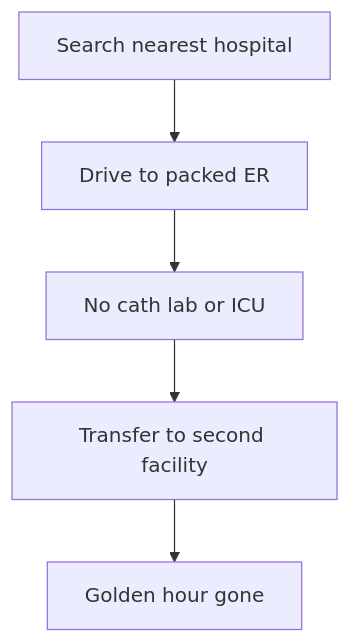
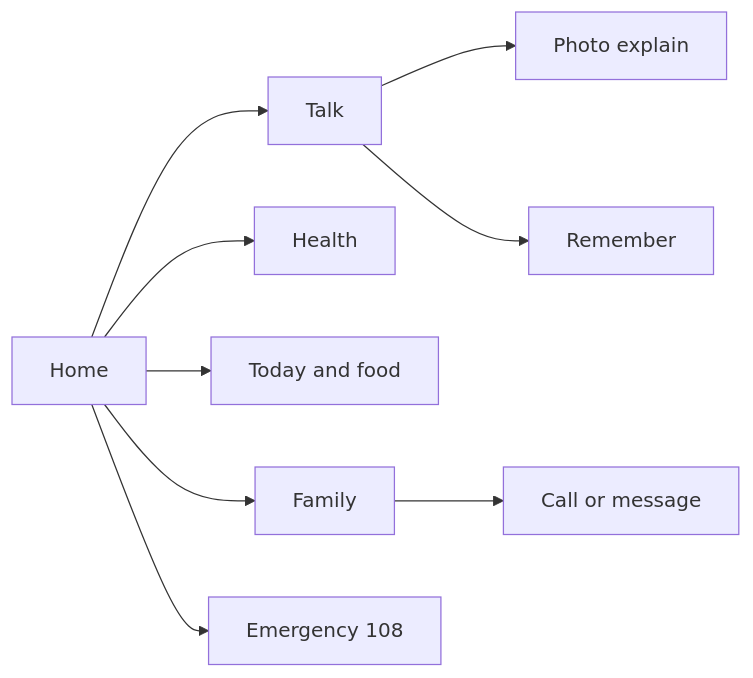
One commit to dipanshuchoudhary-data/LifeRouteAI changed the first of 4 diagrams in README.md. Above: the diagram before and after it, drawn with Mermaid. The commit also changed other lines of this file and 126 other files, not shown here.

````diff
--- a/README.md
+++ b/README.md
@@ -74,7 +87,11 @@
 ```mermaid
-flowchart TD
-    A["Search nearest hospital"] --> B["Drive to packed ER"]
-    B --> C["No cath lab or ICU"]
-    C --> D["Transfer to second facility"]
-    D --> E["Golden hour gone"]
+flowchart LR
+    A["Home"] --> B["Talk"]
+    A --> C["Health"]
+    A --> D["Today and food"]
+    A --> E["Family"]
+    B --> F["Photo explain"]
+    B --> G["Remember"]
+    E --> H["Call or message"]
+    A --> I["Emergency 108"]
 ```
````
